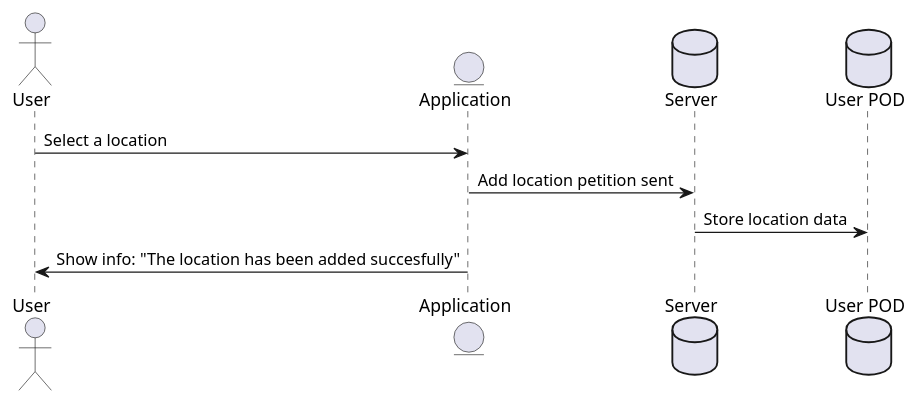
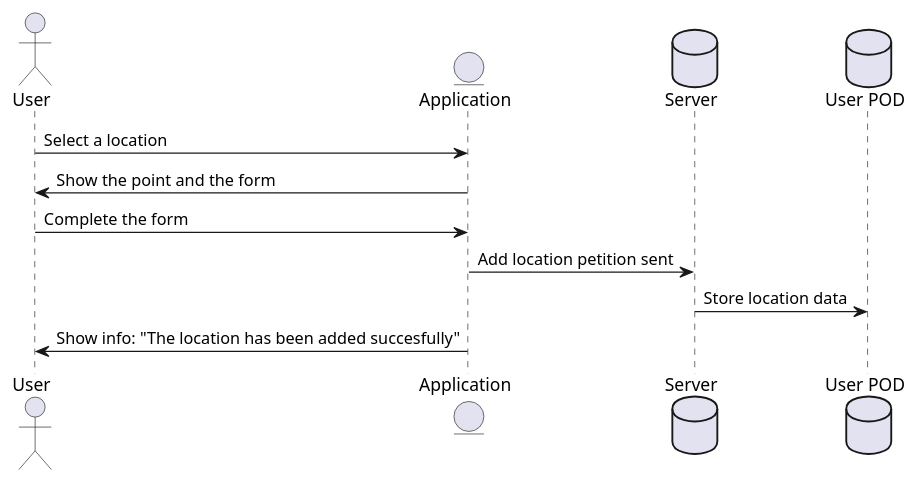
The second of 3 diagrams in docs/06_runtime_view.adoc (Arquisoft/lomap_es1a), drawn with PlantUML before and after one commit.

```diff
--- a/docs/06_runtime_view.adoc
+++ b/docs/06_runtime_view.adoc
@@ -33,11 +33,13 @@
 [plantuml,"Adding location diagram",png] 
 ---- 
 actor User as "User"
 entity Application as "Application"
 database Server as "Server"
 database Pod as "User POD"
-User -> Application: Select a location
+User -> Application: Select a location 
+Application -> User: Show the point and the form
+User -> Application: Complete the form
 Application -> Server: Add location petition sent
 Server -> Pod: Store location data
 Application -> User: Show info: "The location has been added succesfully"
 ---- 
```
